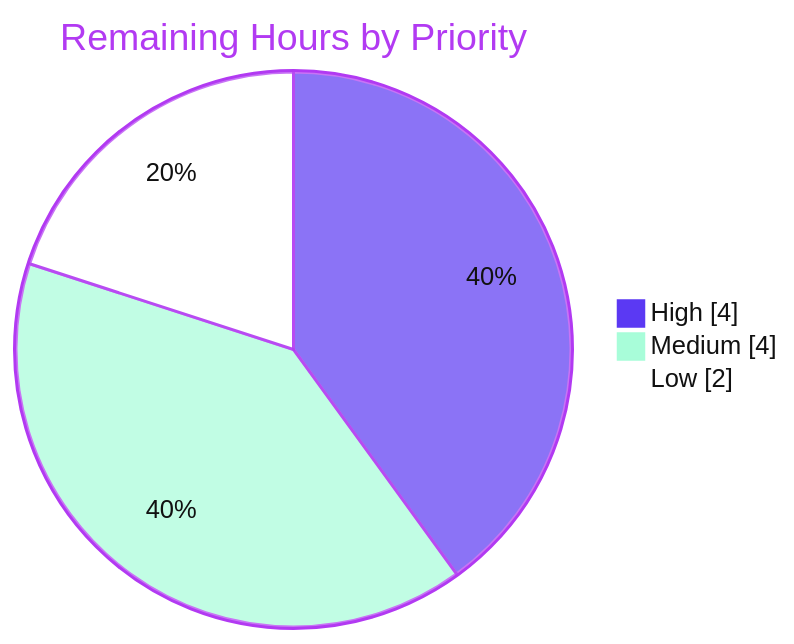
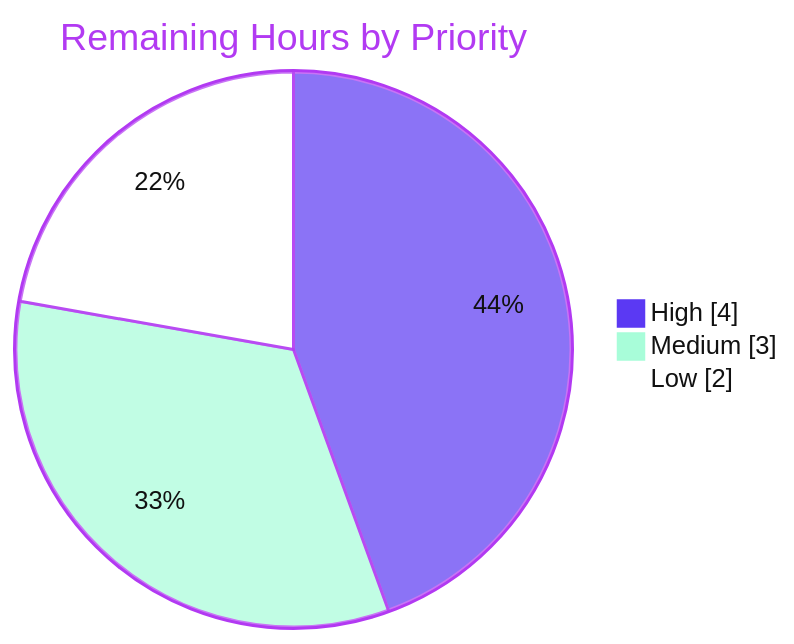
The third of 3 diagrams in blitzy/documentation/Project Guide.md (blitzy-public-samples/aws-carddemo-blitzy), drawn with Mermaid before and after one commit. The commit also changed other lines of this file and 5 other files, not shown here.

````diff
--- a/blitzy/documentation/Project Guide.md
+++ b/blitzy/documentation/Project Guide.md
@@ -208,7 +208,7 @@
 ```mermaid
 %%{init: {'theme':'base','themeVariables':{'pie1':'#5B39F3','pie2':'#A8FDD9','pie3':'#FFFFFF','pieStrokeColor':'#B23AF2','pieStrokeWidth':'2px','pieOuterStrokeColor':'#B23AF2','pieOuterStrokeWidth':'2px','pieTitleTextColor':'#B23AF2','pieSectionTextColor':'#111111','pieLegendTextColor':'#111111'}}}%%
 pie showData title Remaining Hours by Priority
     "High" : 4
-    "Medium" : 4
+    "Medium" : 3
     "Low" : 2
 ```
````
